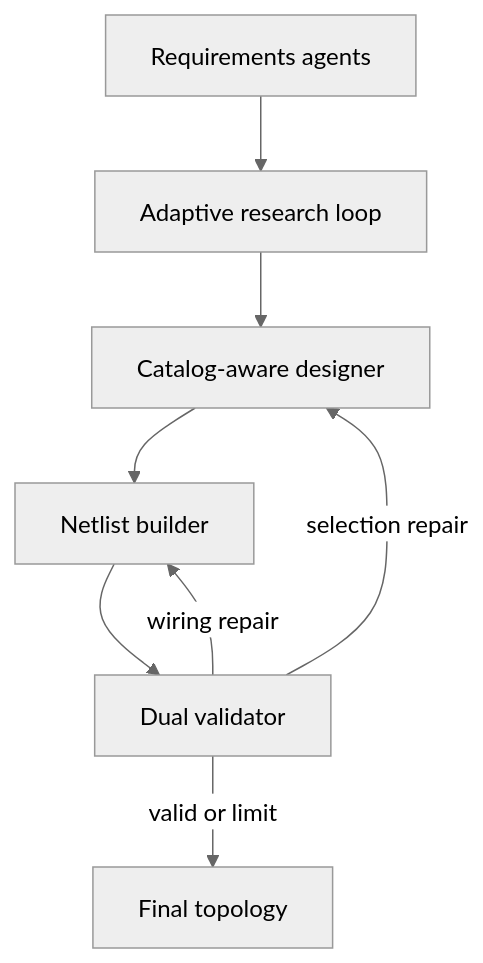
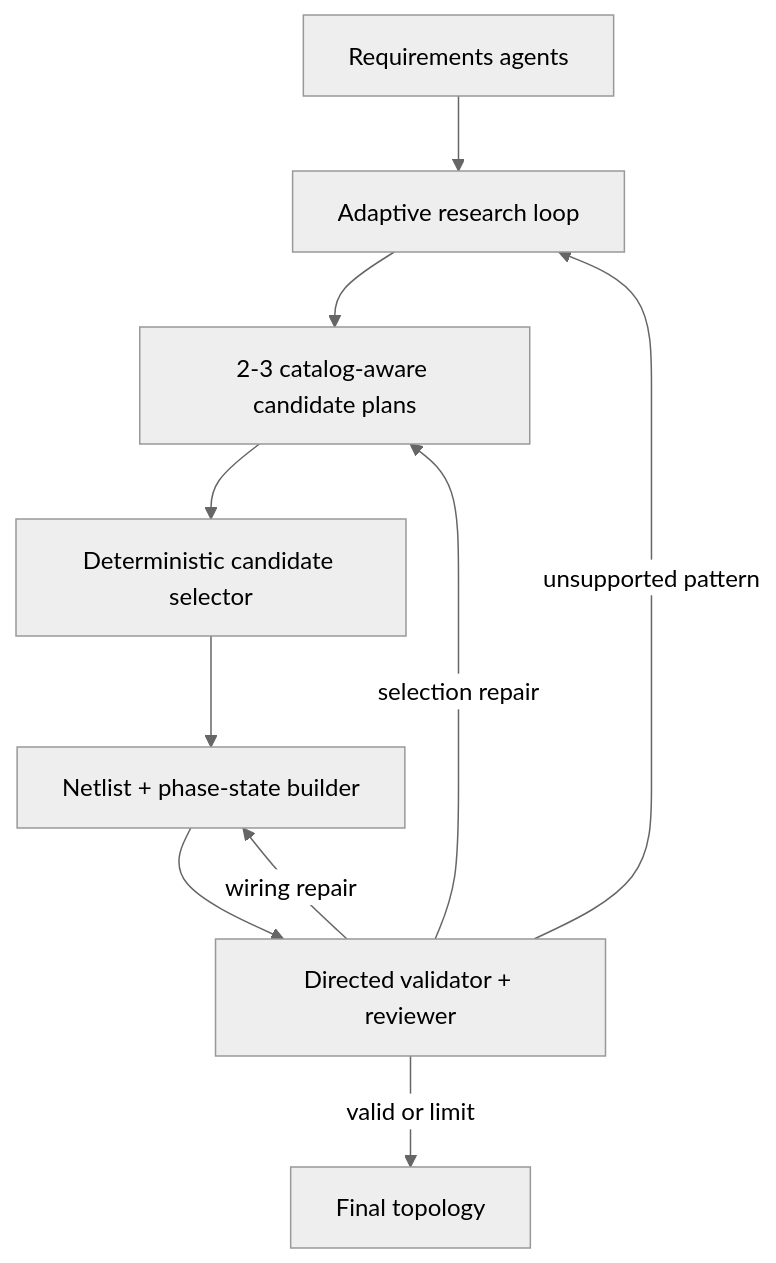
The diagram in docs/ARCHITECTURE.md (ahhmaaadd/Hydraulic_Topology_MAS), drawn with Mermaid (neutral theme) before and after one commit. The commit also changed other lines of this file and 27 other files, not shown here.

````diff
--- a/docs/ARCHITECTURE.md
+++ b/docs/ARCHITECTURE.md
@@ -28,10 +29,12 @@
 ```mermaid
 flowchart TD
     A[Requirements agents] --> B[Adaptive research loop]
-    B --> C[Catalog-aware designer]
-    C --> D[Netlist builder]
-    D --> E[Dual validator]
+    B --> C[2-3 catalog-aware candidate plans]
+    C --> D[Deterministic candidate selector]
+    D --> G[Netlist + phase-state builder]
+    G --> E[Directed validator + reviewer]
     E -->|selection repair| C
-    E -->|wiring repair| D
+    E -->|wiring repair| G
+    E -->|unsupported pattern| B
     E -->|valid or limit| F[Final topology]
 ```
````
